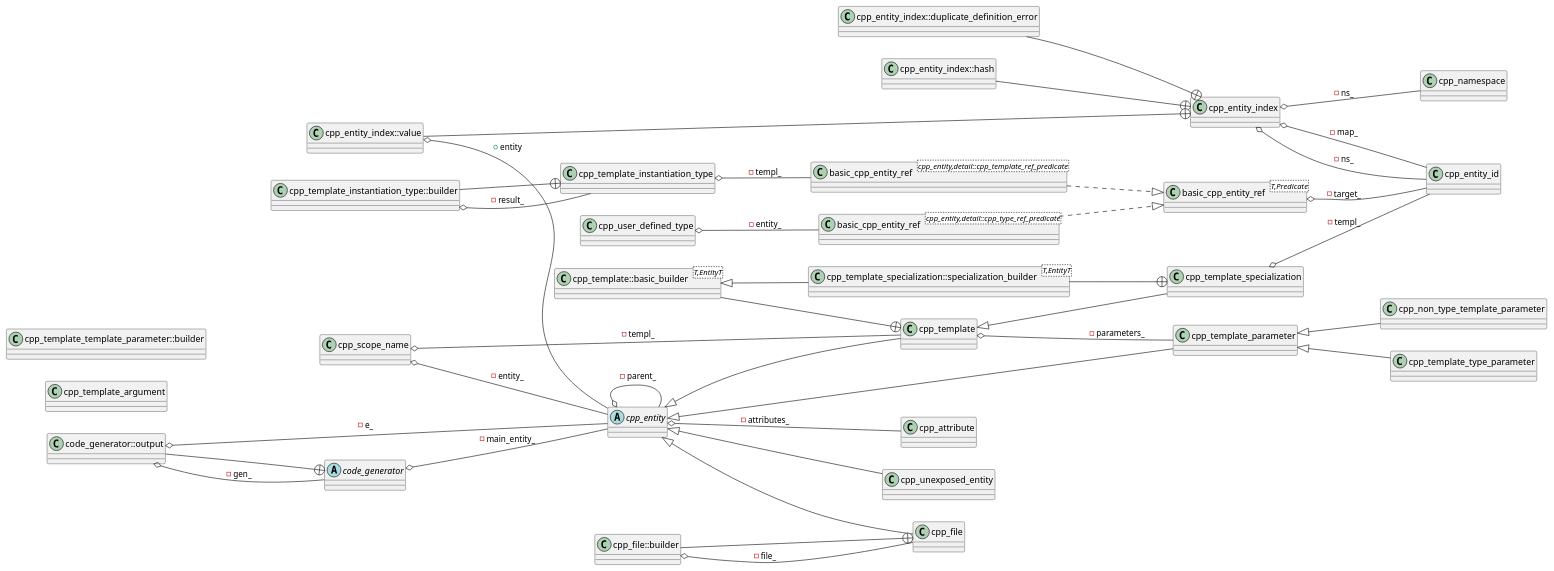
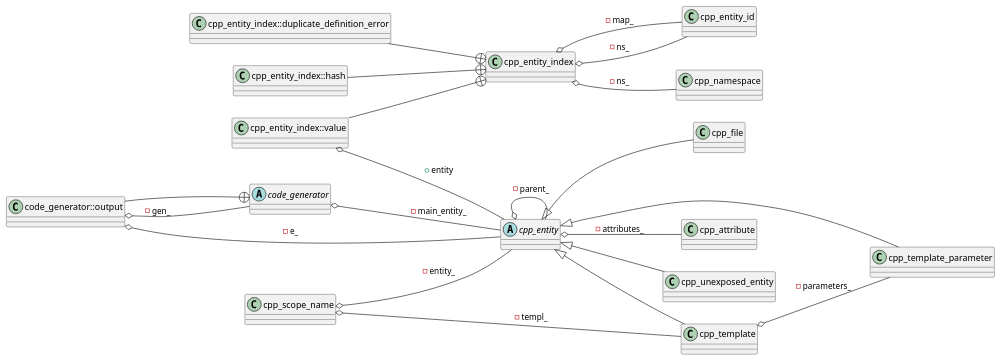
The diagram in cppast/puml/cpp_entity_index_class_diagram.puml (bkryza/clang-uml-examples), drawn with PlantUML before and after one commit. The commit also changed 79 other files, not shown here.

Commit message:
Updated config files for clang-uml 0.3.4

```diff
--- a/cppast/puml/cpp_entity_index_class_diagram.puml
+++ b/cppast/puml/cpp_entity_index_class_diagram.puml
@@ -1,126 +1,71 @@
 @startuml
 left to right direction
 class "cpp_entity_id" as C_0001152344551163828554
-class C_0001152344551163828554 [[https://github.com/foonathan/cppast/blob/f81be80b524a88533f7e5eefd96fe10dc59cc289/include/cppast/cpp_entity_index.hpp#L38{A [ts::strong_typedef]() representing the unique id of a [cppast::cpp_entity](). It is comparable for equality.}]] {
+class C_0001152344551163828554 [[https://github.com/foonathan/cppast/blob/f00df6675d87c6983033d270728c57a55cd3db22/include/cppast/cpp_entity_index.hpp#L38{cpp_entity_id}]] {
 }
 class "cpp_entity_index" as C_0001989731226165037041
-class C_0001989731226165037041 [[https://github.com/foonathan/cppast/blob/f81be80b524a88533f7e5eefd96fe10dc59cc289/include/cppast/cpp_entity_index.hpp#L58{An index of all [cppast::cpp_entity]() objects created. It maps [cppast::cpp_entity_id]() to references to the [cppast::cpp_entity]() objects.}]] {
+class C_0001989731226165037041 [[https://github.com/foonathan/cppast/blob/f00df6675d87c6983033d270728c57a55cd3db22/include/cppast/cpp_entity_index.hpp#L58{cpp_entity_index}]] {
 }
 class "cpp_entity_index::duplicate_definition_error" as C_0001989531636101477120
-class C_0001989531636101477120 [[https://github.com/foonathan/cppast/blob/f81be80b524a88533f7e5eefd96fe10dc59cc289/include/cppast/cpp_entity_index.hpp#L62{Exception thrown on duplicate entity definition.}]] {
+class C_0001989531636101477120 [[https://github.com/foonathan/cppast/blob/f00df6675d87c6983033d270728c57a55cd3db22/include/cppast/cpp_entity_index.hpp#L62{cpp_entity_index##duplicate_definition_error}]] {
 }
 class "cpp_entity_index::hash" as C_0000634431773903245144
-class C_0000634431773903245144 [[https://github.com/foonathan/cppast/blob/f81be80b524a88533f7e5eefd96fe10dc59cc289/include/cppast/cpp_entity_index.hpp#L116{cpp_entity_index##hash}]] {
+class C_0000634431773903245144 [[https://github.com/foonathan/cppast/blob/f00df6675d87c6983033d270728c57a55cd3db22/include/cppast/cpp_entity_index.hpp#L116{cpp_entity_index##hash}]] {
 }
 class "cpp_entity_index::value" as C_0001918458639534713763
-class C_0001918458639534713763 [[https://github.com/foonathan/cppast/blob/f81be80b524a88533f7e5eefd96fe10dc59cc289/include/cppast/cpp_entity_index.hpp#L124{cpp_entity_index##value}]] {
+class C_0001918458639534713763 [[https://github.com/foonathan/cppast/blob/f00df6675d87c6983033d270728c57a55cd3db22/include/cppast/cpp_entity_index.hpp#L124{cpp_entity_index##value}]] {
 }
 class "cpp_attribute" as C_0000560657228528420559
-class C_0000560657228528420559 [[https://github.com/foonathan/cppast/blob/f81be80b524a88533f7e5eefd96fe10dc59cc289/include/cppast/cpp_attribute.hpp#L42{A C++ attribute, including `alignas` specifiers. It consists of a name, an optional namespace scope and optional arguments. The scope is just a single identifier and doesn't include the `::` and can be given explicitly or via using. The arguments are as...}]] {
+class C_0000560657228528420559 [[https://github.com/foonathan/cppast/blob/f00df6675d87c6983033d270728c57a55cd3db22/include/cppast/cpp_attribute.hpp#L42{cpp_attribute}]] {
 }
 class "cpp_scope_name" as C_0001691123644971107631
-class C_0001691123644971107631 [[https://github.com/foonathan/cppast/blob/f81be80b524a88533f7e5eefd96fe10dc59cc289/include/cppast/cpp_entity.hpp#L22{The name of a scope. It is a combination of a name and optional template parameters.}]] {
+class C_0001691123644971107631 [[https://github.com/foonathan/cppast/blob/f00df6675d87c6983033d270728c57a55cd3db22/include/cppast/cpp_entity.hpp#L22{cpp_scope_name}]] {
 }
 abstract "cpp_entity" as C_0001854695372332280903
-abstract C_0001854695372332280903 [[https://github.com/foonathan/cppast/blob/f81be80b524a88533f7e5eefd96fe10dc59cc289/include/cppast/cpp_entity.hpp#L47{The base class for all entities in the C++ AST.}]] {
+abstract C_0001854695372332280903 [[https://github.com/foonathan/cppast/blob/f00df6675d87c6983033d270728c57a55cd3db22/include/cppast/cpp_entity.hpp#L47{cpp_entity}]] {
 }
 class "cpp_unexposed_entity" as C_0001449857709503654826
-class C_0001449857709503654826 [[https://github.com/foonathan/cppast/blob/f81be80b524a88533f7e5eefd96fe10dc59cc289/include/cppast/cpp_entity.hpp#L187{A [cppast::cpp_entity]() that isn't exposed directly. The only information available is the raw source code.}]] {
-}
-class "basic_cpp_entity_ref<T,Predicate>" as C_0001879680673732685376
-class C_0001879680673732685376 [[https://github.com/foonathan/cppast/blob/f81be80b524a88533f7e5eefd96fe10dc59cc289/include/cppast/cpp_entity_ref.hpp#L23{A basic reference to some kind of [cppast::cpp_entity](). It can either refer to a single [cppast::cpp_entity]() or multiple. In the later case it is *overloaded*.}]] {
+class C_0001449857709503654826 [[https://github.com/foonathan/cppast/blob/f00df6675d87c6983033d270728c57a55cd3db22/include/cppast/cpp_entity.hpp#L187{cpp_unexposed_entity}]] {
 }
 class "cpp_file" as C_0001248593507051490272
-class C_0001248593507051490272 [[https://github.com/foonathan/cppast/blob/f81be80b524a88533f7e5eefd96fe10dc59cc289/include/cppast/cpp_file.hpp#L27{A [cppast::cpp_entity]() modelling a file. This is the top-level entity of the AST.}]] {
-}
-class "cpp_file::builder" as C_0000804413027846012019
-class C_0000804413027846012019 [[https://github.com/foonathan/cppast/blob/f81be80b524a88533f7e5eefd96fe10dc59cc289/include/cppast/cpp_file.hpp#L33{Builds a [cppast::cpp_file]().}]] {
+class C_0001248593507051490272 [[https://github.com/foonathan/cppast/blob/f00df6675d87c6983033d270728c57a55cd3db22/include/cppast/cpp_file.hpp#L27{cpp_file}]] {
 }
 class "cpp_template" as C_0000007122300671081288
-class C_0000007122300671081288 [[https://github.com/foonathan/cppast/blob/f81be80b524a88533f7e5eefd96fe10dc59cc289/include/cppast/cppast_fwd.hpp#L61{cpp_template}]] {
-}
-class "cpp_template_specialization" as C_0000529201356065019777
-class C_0000529201356065019777 [[https://github.com/foonathan/cppast/blob/f81be80b524a88533f7e5eefd96fe10dc59cc289/include/cppast/cppast_fwd.hpp#L66{cpp_template_specialization}]] {
+class C_0000007122300671081288 [[https://github.com/foonathan/cppast/blob/f00df6675d87c6983033d270728c57a55cd3db22/include/cppast/cppast_fwd.hpp#L61{cpp_template}]] {
 }
 abstract "code_generator" as C_0000664741342971710245
-abstract C_0000664741342971710245 [[https://github.com/foonathan/cppast/blob/f81be80b524a88533f7e5eefd96fe10dc59cc289/include/cppast/cppast_fwd.hpp#L10{code_generator}]] {
-}
-class "cpp_template_argument" as C_0000701592080768365141
-class C_0000701592080768365141 [[https://github.com/foonathan/cppast/blob/f81be80b524a88533f7e5eefd96fe10dc59cc289/include/cppast/cppast_fwd.hpp#L62{cpp_template_argument}]] {
-}
-class "cpp_template_instantiation_type" as C_0001009421424714355715
-class C_0001009421424714355715 [[https://github.com/foonathan/cppast/blob/f81be80b524a88533f7e5eefd96fe10dc59cc289/include/cppast/cppast_fwd.hpp#L63{cpp_template_instantiation_type}]] {
+abstract C_0000664741342971710245 [[https://github.com/foonathan/cppast/blob/f00df6675d87c6983033d270728c57a55cd3db22/include/cppast/cppast_fwd.hpp#L10{code_generator}]] {
 }
 class "cpp_template_parameter" as C_0001158442798649543268
-class C_0001158442798649543268 [[https://github.com/foonathan/cppast/blob/f81be80b524a88533f7e5eefd96fe10dc59cc289/include/cppast/cppast_fwd.hpp#L64{cpp_template_parameter}]] {
+class C_0001158442798649543268 [[https://github.com/foonathan/cppast/blob/f00df6675d87c6983033d270728c57a55cd3db22/include/cppast/cppast_fwd.hpp#L64{cpp_template_parameter}]] {
 }
 class "cpp_namespace" as C_0001318630691633731356
-class C_0001318630691633731356 [[https://github.com/foonathan/cppast/blob/f81be80b524a88533f7e5eefd96fe10dc59cc289/include/cppast/cppast_fwd.hpp#L55{cpp_namespace}]] {
-}
-class "cpp_non_type_template_parameter" as C_0001461284658212381765
-class C_0001461284658212381765 [[https://github.com/foonathan/cppast/blob/f81be80b524a88533f7e5eefd96fe10dc59cc289/include/cppast/cppast_fwd.hpp#L56{cpp_non_type_template_parameter}]] {
-}
-class "cpp_template_type_parameter" as C_0001672854013158225149
-class C_0001672854013158225149 [[https://github.com/foonathan/cppast/blob/f81be80b524a88533f7e5eefd96fe10dc59cc289/include/cppast/cppast_fwd.hpp#L68{cpp_template_type_parameter}]] {
-}
-class "cpp_user_defined_type" as C_0002166954434825938188
-class C_0002166954434825938188 [[https://github.com/foonathan/cppast/blob/f81be80b524a88533f7e5eefd96fe10dc59cc289/include/cppast/cppast_fwd.hpp#L75{cpp_user_defined_type}]] {
+class C_0001318630691633731356 [[https://github.com/foonathan/cppast/blob/f00df6675d87c6983033d270728c57a55cd3db22/include/cppast/cppast_fwd.hpp#L55{cpp_namespace}]] {
 }
 class "code_generator::output" as C_0000192432743316866604
-class C_0000192432743316866604 [[https://github.com/foonathan/cppast/blob/f81be80b524a88533f7e5eefd96fe10dc59cc289/include/cppast/code_generator.hpp#L168{Sentinel type used to output a given entity.}]] {
-}
-class "basic_cpp_entity_ref<cpp_entity,detail::cpp_type_ref_predicate>" as C_0001754391255065006254
-class C_0001754391255065006254 {
-}
-class "basic_cpp_entity_ref<cpp_entity,detail::cpp_template_ref_predicate>" as C_0001397949548864734907
-class C_0001397949548864734907 {
-}
-class "cpp_template_template_parameter::builder" as C_0002011376350760136340
-class C_0002011376350760136340 [[https://github.com/foonathan/cppast/blob/f81be80b524a88533f7e5eefd96fe10dc59cc289/include/cppast/cpp_template_parameter.hpp#L179{Builds a [cppast::cpp_template_template_parameter]().}]] {
-}
-class "cpp_template::basic_builder<T,EntityT>" as C_0001612795213388544040
-class C_0001612795213388544040 [[https://github.com/foonathan/cppast/blob/f81be80b524a88533f7e5eefd96fe10dc59cc289/include/cppast/cpp_template.hpp#L36{Builder class for templates. Inherit from it to provide additional setter.}]] {
-}
-class "cpp_template_instantiation_type::builder" as C_0000643437011741382402
-class C_0000643437011741382402 [[https://github.com/foonathan/cppast/blob/f81be80b524a88533f7e5eefd96fe10dc59cc289/include/cppast/cpp_template.hpp#L97{Builds a [cppast::cpp_template_instantiation]().}]] {
-}
-class "cpp_template_specialization::specialization_builder<T,EntityT>" as C_0000577199294850900499
-class C_0000577199294850900499 [[https://github.com/foonathan/cppast/blob/f81be80b524a88533f7e5eefd96fe10dc59cc289/include/cppast/cpp_template.hpp#L223{Builder class for specializations. Inherit from it to provide additional setter.}]] {
+class C_0000192432743316866604 [[https://github.com/foonathan/cppast/blob/f00df6675d87c6983033d270728c57a55cd3db22/include/cppast/code_generator.hpp#L168{code_generator##output}]] {
 }
 C_0001989731226165037041 o-- C_0001152344551163828554 : -map_
 C_0001989731226165037041 o-- C_0001152344551163828554 : -ns_
 C_0001989731226165037041 o-- C_0001318630691633731356 : -ns_
 C_0001989531636101477120 --+ C_0001989731226165037041
 C_0000634431773903245144 --+ C_0001989731226165037041
 C_0001918458639534713763 --+ C_0001989731226165037041
 C_0001918458639534713763 o-- C_0001854695372332280903 : +entity
 C_0001691123644971107631 o-- C_0001854695372332280903 : -entity_
 C_0001691123644971107631 o-- C_0000007122300671081288 : -templ_
 C_0001854695372332280903 o-- C_0000560657228528420559 : -attributes_
 C_0001854695372332280903 o-- C_0001854695372332280903 : -parent_
 C_0001854695372332280903 <|-- C_0001449857709503654826
-C_0001879680673732685376 o-- C_0001152344551163828554 : -target_
 C_0001854695372332280903 <|-- C_0001248593507051490272
-C_0000804413027846012019 --+ C_0001248593507051490272
-C_0000804413027846012019 o-- C_0001248593507051490272 : -file_
 C_0000007122300671081288 o-- C_0001158442798649543268 : -parameters_
 C_0001854695372332280903 <|-- C_0000007122300671081288
-C_0000529201356065019777 o-- C_0001152344551163828554 : -templ_
-C_0000007122300671081288 <|-- C_0000529201356065019777
 C_0000664741342971710245 o-- C_0001854695372332280903 : -main_entity_
-C_0001009421424714355715 o-- C_0001397949548864734907 : -templ_
 C_0001854695372332280903 <|-- C_0001158442798649543268
-C_0001158442798649543268 <|-- C_0001461284658212381765
-C_0001158442798649543268 <|-- C_0001672854013158225149
-C_0002166954434825938188 o-- C_0001754391255065006254 : -entity_
 C_0000192432743316866604 --+ C_0000664741342971710245
 C_0000192432743316866604 o-- C_0000664741342971710245 : -gen_
 C_0000192432743316866604 o-- C_0001854695372332280903 : -e_
-C_0001754391255065006254 ..|> C_0001879680673732685376
-C_0001397949548864734907 ..|> C_0001879680673732685376
-C_0001612795213388544040 --+ C_0000007122300671081288
-C_0000643437011741382402 --+ C_0001009421424714355715
-C_0000643437011741382402 o-- C_0001009421424714355715 : -result_
-C_0000577199294850900499 --+ C_0000529201356065019777
-C_0001612795213388544040 <|-- C_0000577199294850900499
+
+'Generated with clang-uml, version 0.3.4-2-gc91fe43
+'LLVM version Ubuntu clang version 15.0.6
 @enduml
```
